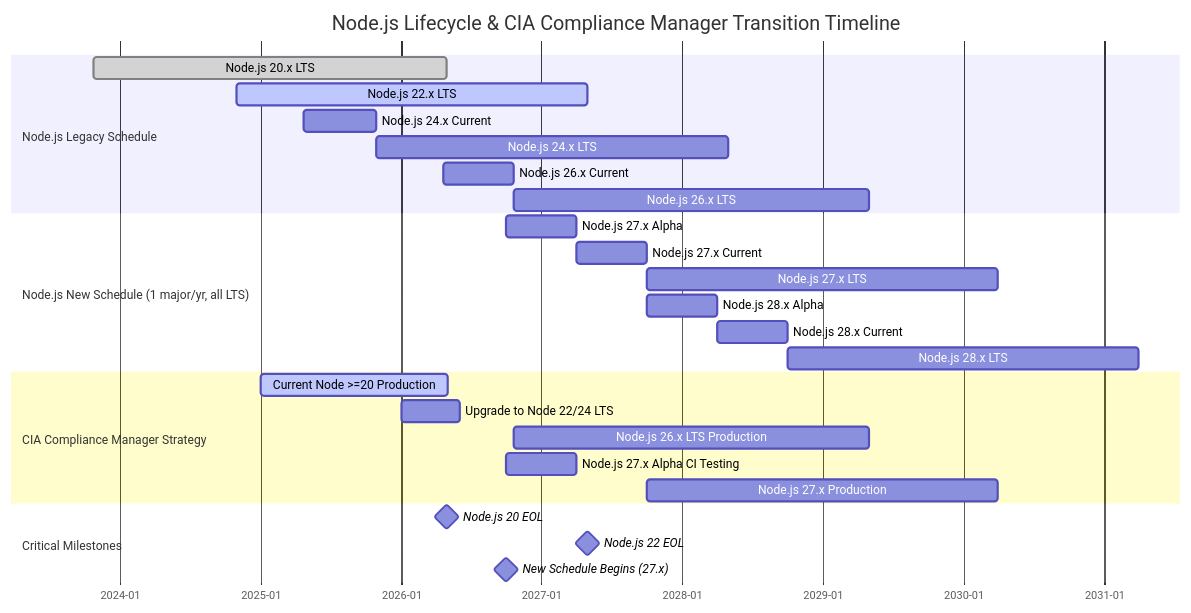
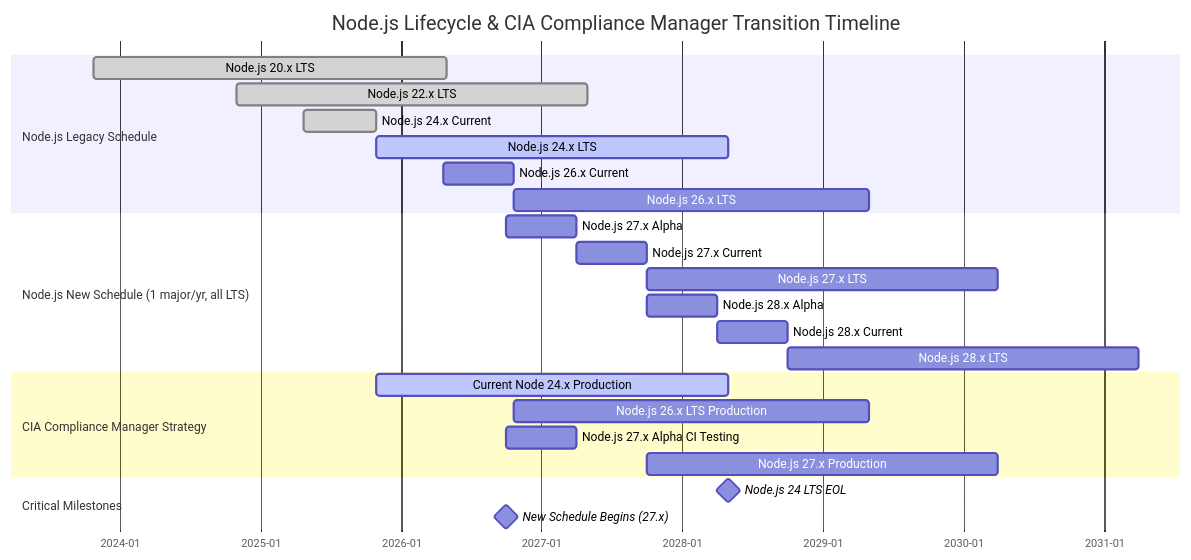
Before and after one commit to Hack23/cia-compliance-manager: the second of 9 diagrams in docs/End-of-Life-Strategy.md, drawn with Mermaid. The commit also changed other lines of this file and 3 other files, not shown here.

First line of the commit message:
Address review: use Node.js 24 everywhere, clarify 27.x alpha vs GA timeline

````diff
--- a/docs/End-of-Life-Strategy.md
+++ b/docs/End-of-Life-Strategy.md
@@ -168,34 +170,32 @@
 ```mermaid
 gantt
     title Node.js Lifecycle & CIA Compliance Manager Transition Timeline
     dateFormat YYYY-MM-DD
     axisFormat %Y-%m
 
     section Node.js Legacy Schedule
     Node.js 20.x LTS           :done, node20lts, 2023-10-24, 2026-04-30
-    Node.js 22.x LTS           :active, node22lts, 2024-10-29, 2027-04-30
-    Node.js 24.x Current       :node24cur, 2025-04-22, 2025-10-28
-    Node.js 24.x LTS           :node24lts, 2025-10-28, 2028-04-30
+    Node.js 22.x LTS           :done, node22lts, 2024-10-29, 2027-04-30
+    Node.js 24.x Current       :done, node24cur, 2025-04-22, 2025-10-28
+    Node.js 24.x LTS           :active, node24lts, 2025-10-28, 2028-04-30
     Node.js 26.x Current       :node26cur, 2026-04-21, 2026-10-20
     Node.js 26.x LTS           :node26lts, 2026-10-20, 2029-04-30
 
     section Node.js New Schedule (1 major/yr, all LTS)
     Node.js 27.x Alpha         :node27a, 2026-10-01, 2027-03-31
     Node.js 27.x Current       :node27cur, 2027-04-01, 2027-10-01
     Node.js 27.x LTS           :node27lts, 2027-10-01, 2030-04-01
     Node.js 28.x Alpha         :node28a, 2027-10-01, 2028-03-31
     Node.js 28.x Current       :node28cur, 2028-04-01, 2028-10-01
     Node.js 28.x LTS           :node28lts, 2028-10-01, 2031-04-01
 
     section CIA Compliance Manager Strategy
-    Current Node >=20 Production :active, cmcurrent, 2025-01-01, 2026-05-01
-    Upgrade to Node 22/24 LTS    :cmupgrade, 2026-01-01, 2026-06-01
+    Current Node 24.x Production :active, cm24prod, 2025-10-28, 2028-04-30
     Node.js 26.x LTS Production  :cm26prod, 2026-10-20, 2029-04-30
     Node.js 27.x Alpha CI Testing:cm27alpha, 2026-10-01, 2027-04-01
     Node.js 27.x Production      :cm27prod, 2027-10-01, 2030-04-01
 
     section Critical Milestones
-    Node.js 20 EOL             :milestone, node20eol, 2026-04-30, 0d
-    Node.js 22 EOL             :milestone, node22eol, 2027-04-30, 0d
-    New Schedule Begins (27.x) :milestone, newschedule, 2026-10-01, 0d
+    Node.js 24 LTS EOL          :milestone, node24eol, 2028-04-30, 0d
+    New Schedule Begins (27.x)  :milestone, newschedule, 2026-10-01, 0d
 ```
````
